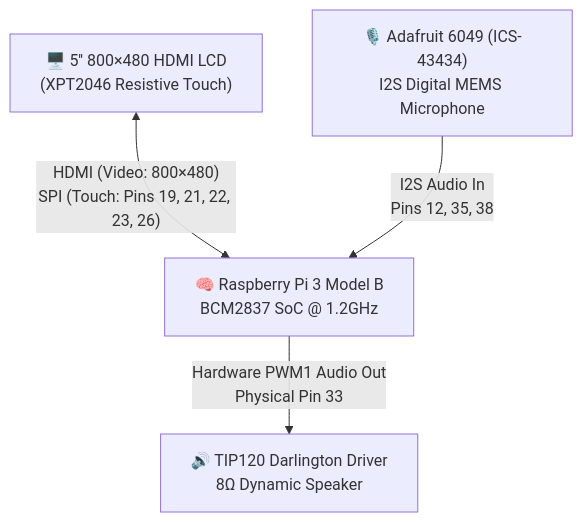
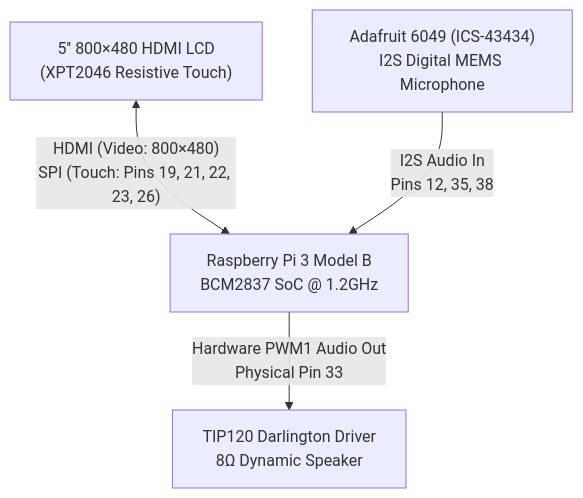
Before and after one commit to LThmly/Omni: the diagram in README.md, drawn with Mermaid. The commit also changed other lines of this file and 5 other files, not shown here.

````diff
--- a/README.md
+++ b/README.md
@@ -159,11 +39,11 @@
 ```mermaid
 flowchart TD
-    LCD["🖥️ 5'' 800×480 HDMI LCD<br/>(XPT2046 Resistive Touch)"]
-    MIC["🎙️ Adafruit 6049 (ICS-43434)<br/>I2S Digital MEMS Microphone"]
-    PI["🧠 Raspberry Pi 3 Model B<br/>BCM2837 SoC @ 1.2GHz"]
-    SPK["🔊 TIP120 Darlington Driver<br/>8Ω Dynamic Speaker"]
+    LCD["5'' 800×480 HDMI LCD<br/>(XPT2046 Resistive Touch)"]
+    MIC["Adafruit 6049 (ICS-43434)<br/>I2S Digital MEMS Microphone"]
+    PI["Raspberry Pi 3 Model B<br/>BCM2837 SoC @ 1.2GHz"]
+    SPK["TIP120 Darlington Driver<br/>8Ω Dynamic Speaker"]
 
     LCD <-->|"HDMI (Video: 800×480)<br/>SPI (Touch: Pins 19, 21, 22, 23, 26)"| PI
     MIC -->|"I2S Audio In<br/>Pins 12, 35, 38"| PI
     PI -->|"Hardware PWM1 Audio Out<br/>Physical Pin 33"| SPK
 ```
````
